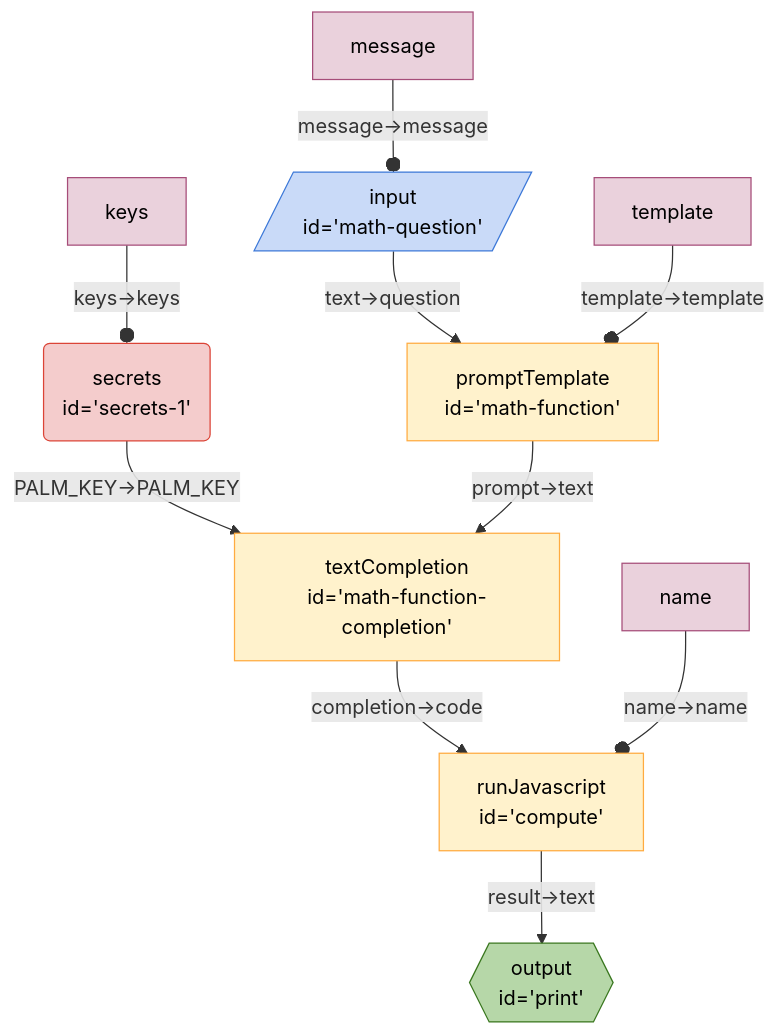
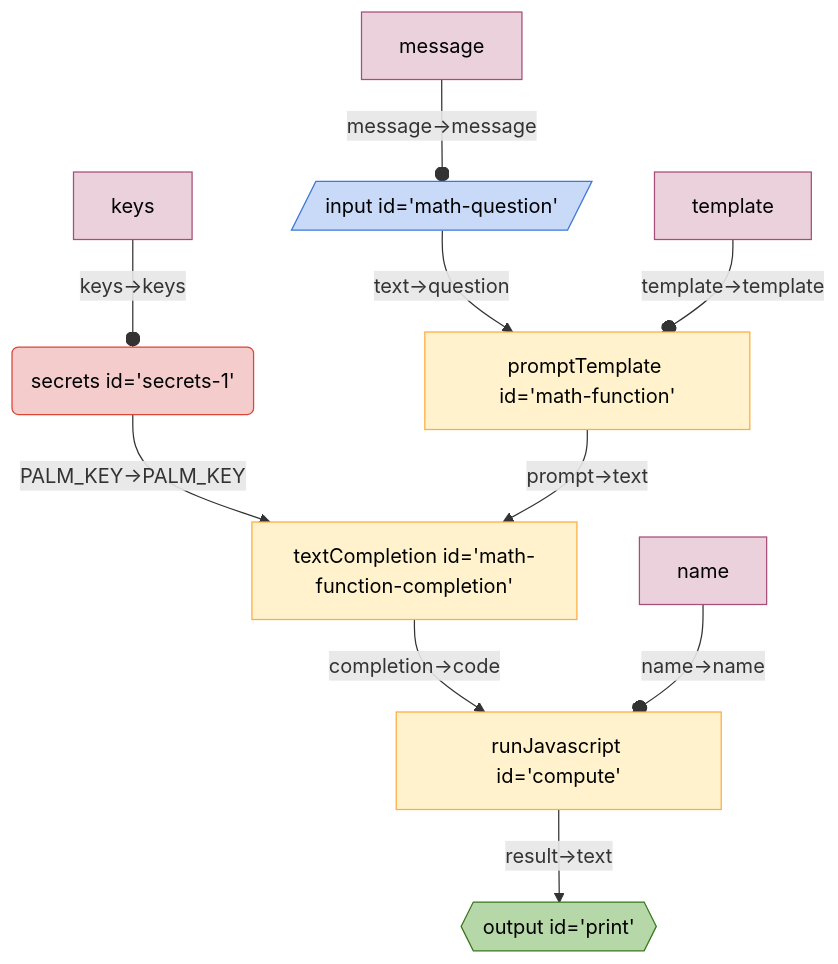
The diagram in seeds/graph-playground/docs/graphs/math.md (breadboard-ai/breadboard), drawn with Mermaid before and after one commit. The commit also changed 17 other files, not shown here.

Commit message:
nit: remove extranous line break in mermaid sources

````diff
--- a/seeds/graph-playground/docs/graphs/math.md
+++ b/seeds/graph-playground/docs/graphs/math.md
@@ -5,31 +5,21 @@
   ```mermaid
   %%{init: 'themeVariables': { 'fontFamily': 'Fira Code, monospace' }}%%
 graph TD;
-compute["runJavascript
-id='compute'"] -- "result->text" --> print{{"output
-id='print'"}}:::output
-mathfunctioncompletion["textCompletion
-id='math-function-completion'"] -- "completion->code" --> compute["runJavascript
-id='compute'"]
-secrets1("secrets
-id='secrets-1'"):::secrets -- "PALM_KEY->PALM_KEY" --> mathfunctioncompletion["textCompletion
-id='math-function-completion'"]
-mathfunction["promptTemplate
-id='math-function'"] -- "prompt->text" --> mathfunctioncompletion["textCompletion
-id='math-function-completion'"]
-mathquestion[/"input
-id='math-question'"/]:::input -- "text->question" --> mathfunction["promptTemplate
-id='math-function'"]
+compute["runJavascript id='compute'"] -- "result->text" --> print{{"output id='print'"}}:::output
+mathfunctioncompletion["textCompletion id='math-function-completion'"] -- "completion->code" --> compute["runJavascript id='compute'"]
+secrets1("secrets id='secrets-1'"):::secrets -- "PALM_KEY->PALM_KEY" --> mathfunctioncompletion["textCompletion id='math-function-completion'"]
+mathfunction["promptTemplate id='math-function'"] -- "prompt->text" --> mathfunctioncompletion["textCompletion id='math-function-completion'"]
+mathquestion[/"input id='math-question'"/]:::input -- "text->question" --> mathfunction["promptTemplate id='math-function'"]
 messagemathquestion[message]:::config -- "message->message" --o mathquestion
 templatemathfunction[template]:::config -- "template->template" --o mathfunction
 namecompute[name]:::config -- "name->name" --o compute
 keyssecrets1[keys]:::config -- "keys->keys" --o secrets1
 classDef default stroke:#ffab40,fill:#fff2ccff,color:#000
 classDef input stroke:#3c78d8,fill:#c9daf8ff,color:#000
 classDef output stroke:#38761d,fill:#b6d7a8ff,color:#000
 classDef passthrough stroke:#a64d79,fill:#ead1dcff,color:#000
 classDef slot stroke:#a64d79,fill:#ead1dcff,color:#000
 classDef config stroke:#a64d79,fill:#ead1dcff,color:#000
 classDef secrets stroke:#db4437,fill:#f4cccc,color:#000
 classDef slotted stroke:#a64d79
   ```
````
